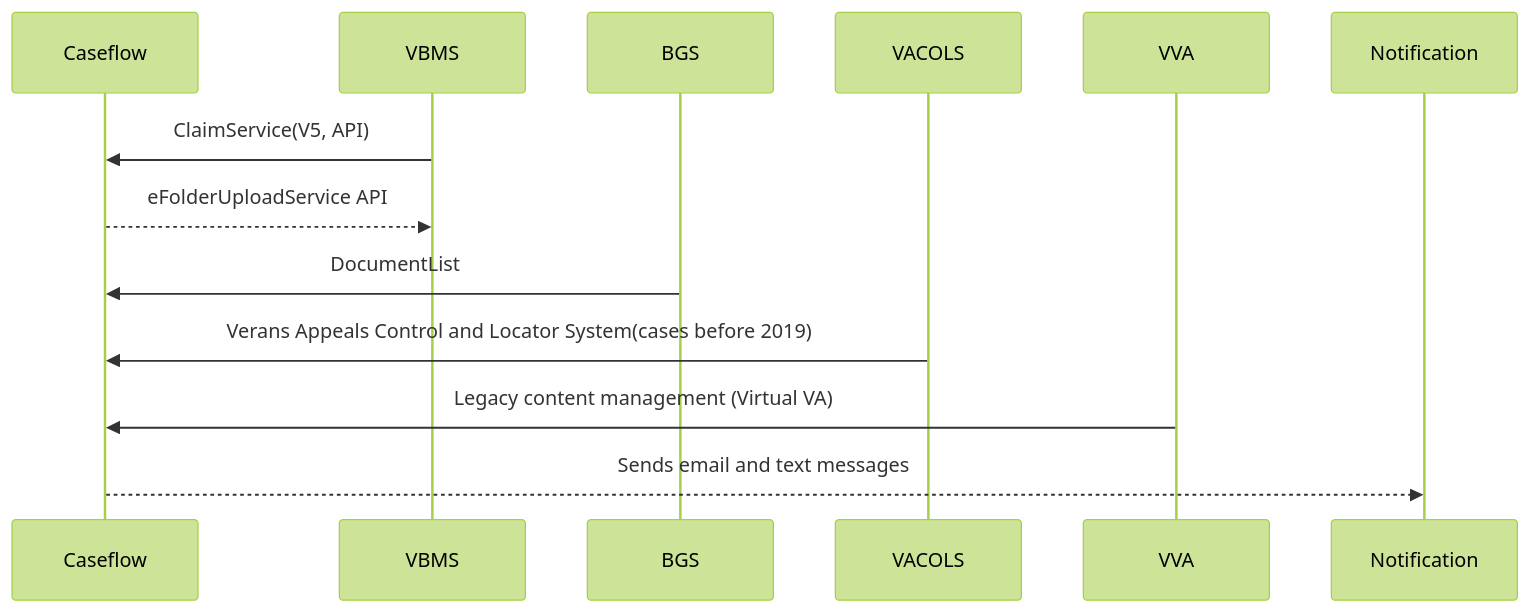
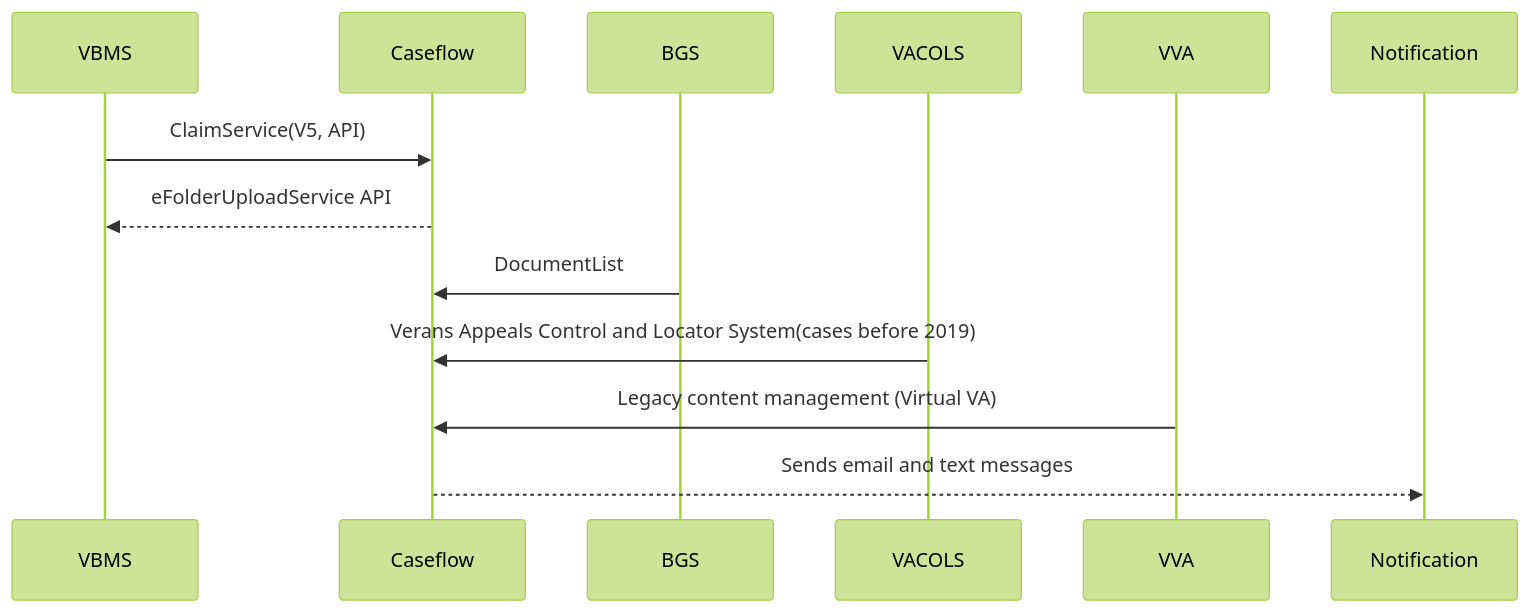
One commit to RickyJe/VBMS changed the diagram in Caseflow.md. Above: the diagram before and after it, drawn with Mermaid (forest theme). The commit also changed other lines of this file, not shown here.

````diff
--- a/Caseflow.md
+++ b/Caseflow.md
@@ -4,15 +4,15 @@
 ```mermaid
 sequenceDiagram
+    Participant VBMS
     Participant Caseflow
-    Participant VBMS
     Participant BGS
     Participant VACOLS
     Participant VVA
     VBMS ->> Caseflow: ClaimService(V5, API) 
     Caseflow -->> VBMS: eFolderUploadService API
     BGS ->> Caseflow: DocumentList
     VACOLS->> Caseflow : Verans Appeals Control and Locator System(cases before 2019)
     VVA->> Caseflow : Legacy content management (Virtual VA)
     Caseflow -->> Notification   : Sends email and text messages
 
 ```
````
